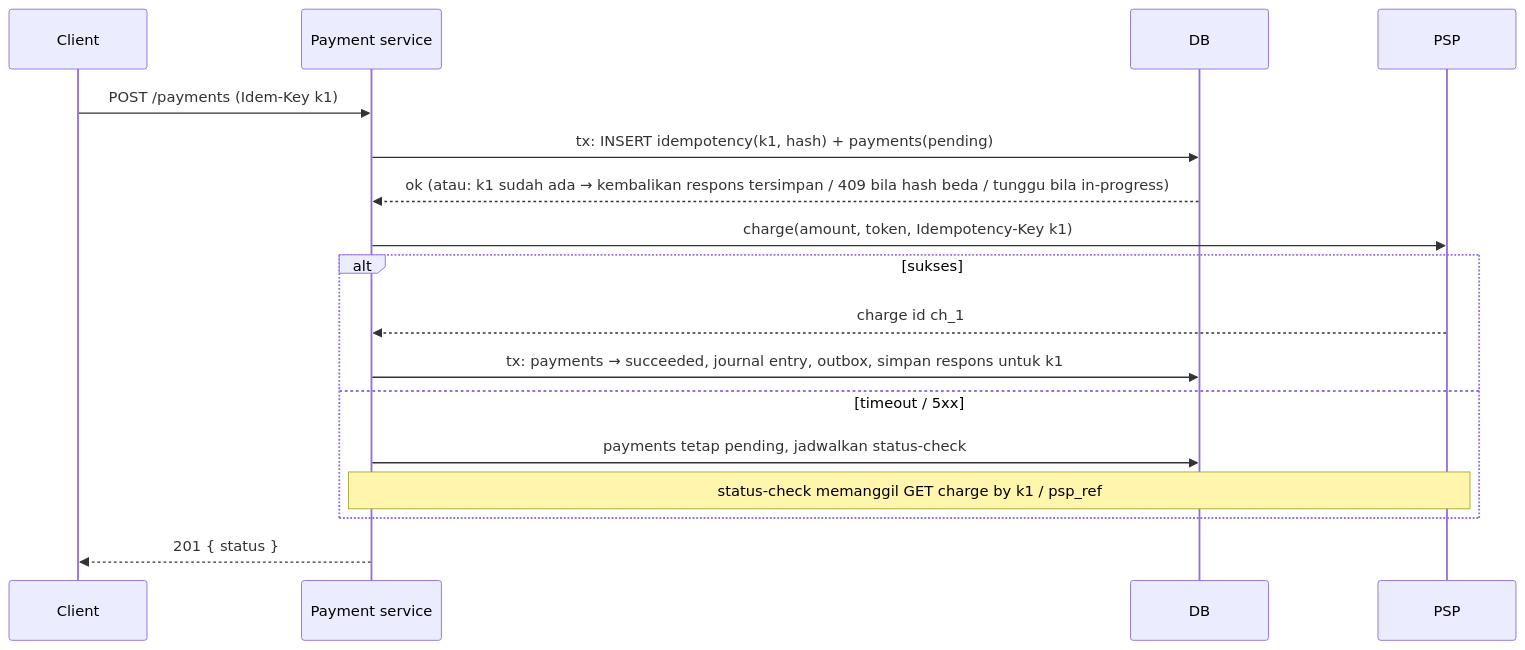
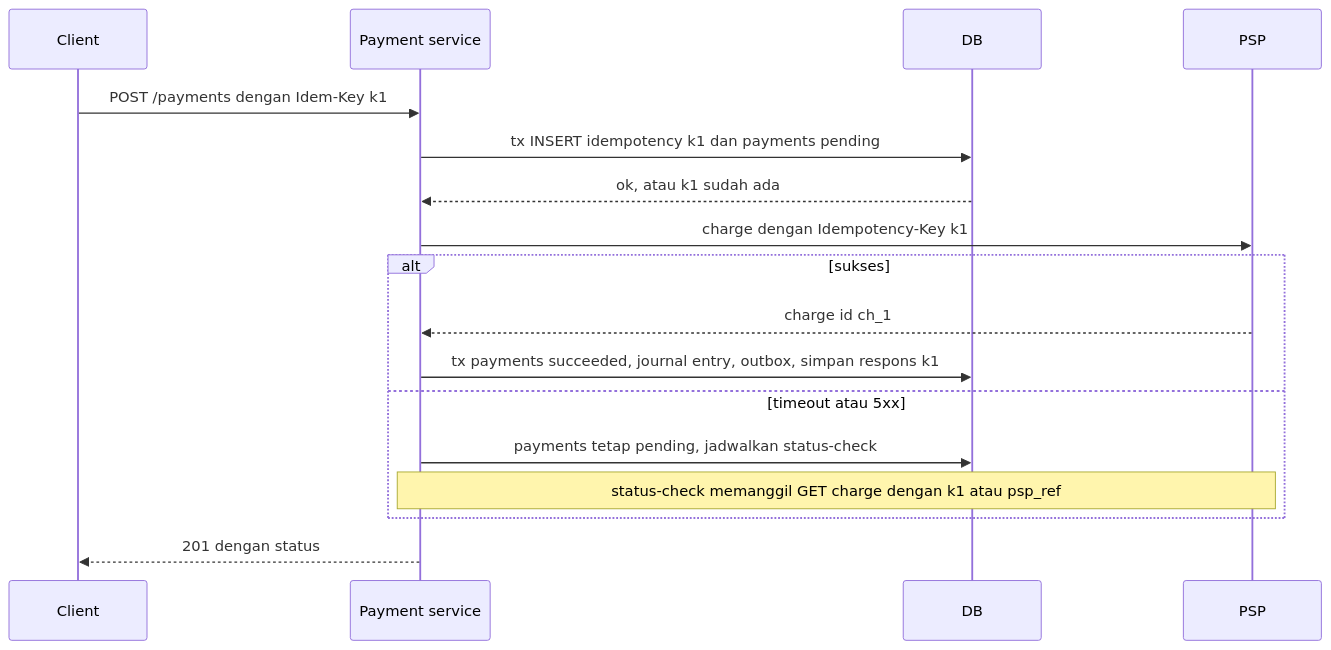
The second of 2 diagrams in src/content/lessons/bagian-3/payment-system.mdx (andreanpradanaa/sysdesign-lab), drawn with Mermaid before and after one commit. The commit also changed other lines of this file and 17 other files, not shown here.

````diff
--- a/src/content/lessons/bagian-3/payment-system.mdx
+++ b/src/content/lessons/bagian-3/payment-system.mdx
@@ -181,19 +188,19 @@
 ```mermaid
 sequenceDiagram
   participant C as Client
   participant P as Payment service
   participant D as DB
   participant X as PSP
-  C->>P: POST /payments (Idem-Key k1)
-  P->>D: tx: INSERT idempotency(k1, hash) + payments(pending)
-  D-->>P: ok (atau: k1 sudah ada → kembalikan respons tersimpan / 409 bila hash beda / tunggu bila in-progress)
-  P->>X: charge(amount, token, Idempotency-Key k1)
+  C->>P: POST /payments dengan Idem-Key k1
+  P->>D: tx INSERT idempotency k1 dan payments pending
+  D-->>P: ok, atau k1 sudah ada
+  P->>X: charge dengan Idempotency-Key k1
   alt sukses
     X-->>P: charge id ch_1
-    P->>D: tx: payments → succeeded, journal entry, outbox, simpan respons untuk k1
-  else timeout / 5xx
+    P->>D: tx payments succeeded, journal entry, outbox, simpan respons k1
+  else timeout atau 5xx
     P->>D: payments tetap pending, jadwalkan status-check
-    Note over P,X: status-check memanggil GET charge by k1 / psp_ref
+    Note over P,X: status-check memanggil GET charge dengan k1 atau psp_ref
   end
-  P-->>C: 201 { status }
+  P-->>C: 201 dengan status
 ```
````
